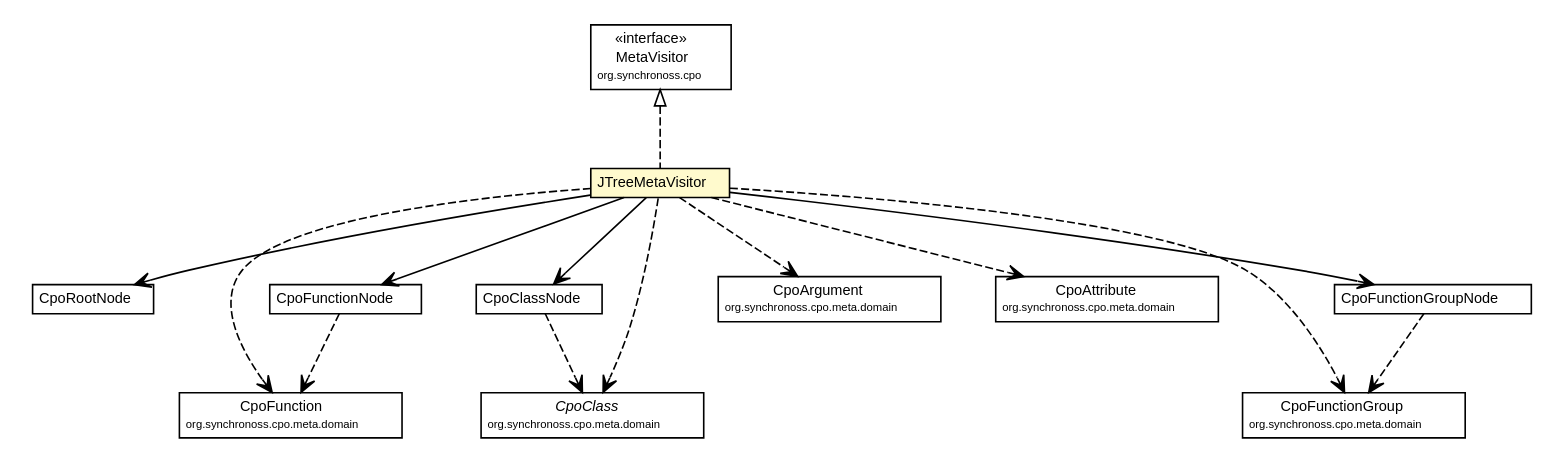
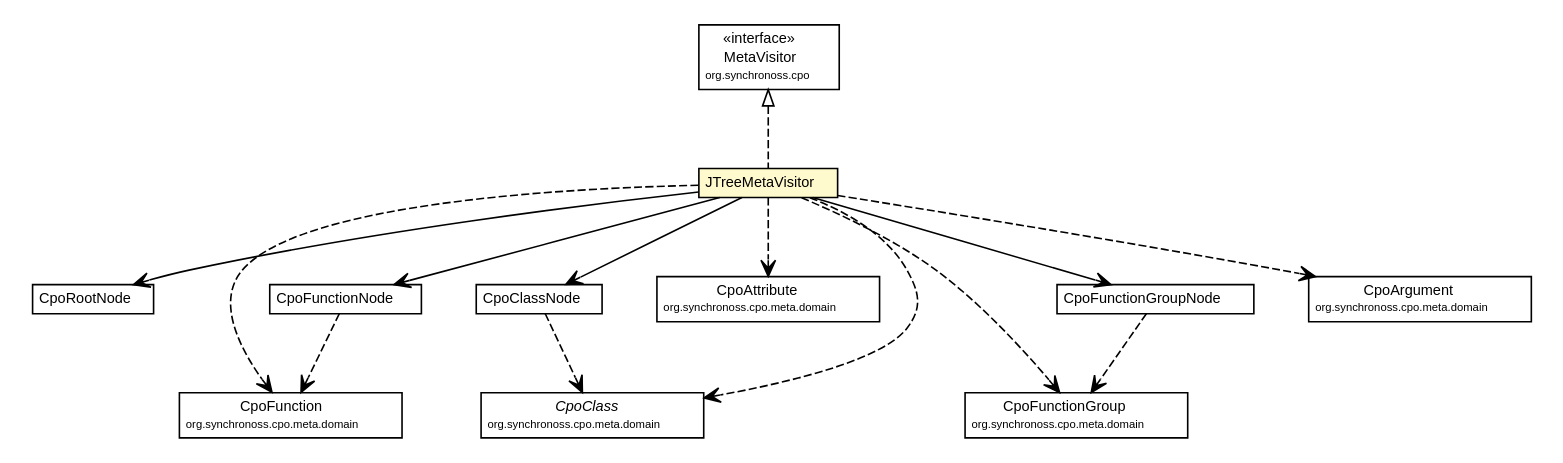
Before and after one commit to synchronoss/cpo-util: the diagram in site/apidocs/org/synchronoss/cpo/util/JTreeMetaVisitor.dot, drawn with Graphviz. The commit also changed 309 other files, not shown here.

Commit message:
Creating site for cpoUtil, 5.1.1-SNAPSHOT

```diff
--- a/site/apidocs/org/synchronoss/cpo/util/JTreeMetaVisitor.dot
+++ b/site/apidocs/org/synchronoss/cpo/util/JTreeMetaVisitor.dot
@@ -1,109 +1,109 @@
 #!/usr/local/bin/dot
 #
 # Class diagram 
 # Generated by UmlGraph version 4.6 (http://www.spinellis.gr/sw/umlgraph)
 #
 
 digraph G {
 	edge [fontname="Helvetica",fontsize=10,labelfontname="Helvetica",labelfontsize=10];
 	node [fontname="Helvetica",fontsize=10,shape=plaintext];
 	// org.synchronoss.cpo.util.JTreeMetaVisitor
 	c1707 [label=<<table border="0" cellborder="1" cellspacing="0" cellpadding="2" port="p" bgcolor="lemonChiffon" href="./JTreeMetaVisitor.html">
 		<tr><td><table border="0" cellspacing="0" cellpadding="1">
 			<tr><td> JTreeMetaVisitor </td></tr>
 		</table></td></tr>
 		</table>>, fontname="Helvetica", fontcolor="black", fontsize=9.0];
 	// org.synchronoss.cpo.util.CpoRootNode
 	c1715 [label=<<table border="0" cellborder="1" cellspacing="0" cellpadding="2" port="p" href="./CpoRootNode.html">
 		<tr><td><table border="0" cellspacing="0" cellpadding="1">
 			<tr><td> CpoRootNode </td></tr>
 		</table></td></tr>
 		</table>>, fontname="Helvetica", fontcolor="black", fontsize=9.0];
 	// org.synchronoss.cpo.util.CpoFunctionNode
 	c1721 [label=<<table border="0" cellborder="1" cellspacing="0" cellpadding="2" port="p" href="./CpoFunctionNode.html">
 		<tr><td><table border="0" cellspacing="0" cellpadding="1">
 			<tr><td> CpoFunctionNode </td></tr>
 		</table></td></tr>
 		</table>>, fontname="Helvetica", fontcolor="black", fontsize=9.0];
 	// org.synchronoss.cpo.util.CpoClassNode
 	c1723 [label=<<table border="0" cellborder="1" cellspacing="0" cellpadding="2" port="p" href="./CpoClassNode.html">
 		<tr><td><table border="0" cellspacing="0" cellpadding="1">
 			<tr><td> CpoClassNode </td></tr>
 		</table></td></tr>
 		</table>>, fontname="Helvetica", fontcolor="black", fontsize=9.0];
 	// org.synchronoss.cpo.util.CpoFunctionGroupNode
 	c1728 [label=<<table border="0" cellborder="1" cellspacing="0" cellpadding="2" port="p" href="./CpoFunctionGroupNode.html">
 		<tr><td><table border="0" cellspacing="0" cellpadding="1">
 			<tr><td> CpoFunctionGroupNode </td></tr>
 		</table></td></tr>
 		</table>>, fontname="Helvetica", fontcolor="black", fontsize=9.0];
 	//org.synchronoss.cpo.util.JTreeMetaVisitor implements org.synchronoss.cpo.MetaVisitor
 	c1764:p -> c1707:p [dir=back,arrowtail=empty,style=dashed];
 	// org.synchronoss.cpo.util.JTreeMetaVisitor NAVASSOC org.synchronoss.cpo.util.CpoRootNode
 	c1707:p -> c1715:p [taillabel="", label="", headlabel="", fontname="Helvetica", fontcolor="black", fontsize=10.0, color="black", arrowhead=open];
 	// org.synchronoss.cpo.util.JTreeMetaVisitor NAVASSOC org.synchronoss.cpo.util.CpoClassNode
 	c1707:p -> c1723:p [taillabel="", label="", headlabel="", fontname="Helvetica", fontcolor="black", fontsize=10.0, color="black", arrowhead=open];
 	// org.synchronoss.cpo.util.JTreeMetaVisitor NAVASSOC org.synchronoss.cpo.util.CpoFunctionGroupNode
 	c1707:p -> c1728:p [taillabel="", label="", headlabel="", fontname="Helvetica", fontcolor="black", fontsize=10.0, color="black", arrowhead=open];
 	// org.synchronoss.cpo.util.JTreeMetaVisitor NAVASSOC org.synchronoss.cpo.util.CpoFunctionNode
 	c1707:p -> c1721:p [taillabel="", label="", headlabel="", fontname="Helvetica", fontcolor="black", fontsize=10.0, color="black", arrowhead=open];
-	// org.synchronoss.cpo.util.JTreeMetaVisitor DEPEND org.synchronoss.cpo.meta.domain.CpoFunction
+	// org.synchronoss.cpo.util.JTreeMetaVisitor DEPEND org.synchronoss.cpo.meta.domain.CpoAttribute
 	c1707:p -> c1765:p [taillabel="", label="", headlabel="", fontname="Helvetica", fontcolor="black", fontsize=10.0, color="black", arrowhead=open, style=dashed];
-	// org.synchronoss.cpo.util.JTreeMetaVisitor DEPEND org.synchronoss.cpo.meta.domain.CpoArgument
-	c1707:p -> c1766:p [taillabel="", label="", headlabel="", fontname="Helvetica", fontcolor="black", fontsize=10.0, color="black", arrowhead=open, style=dashed];
-	// org.synchronoss.cpo.util.JTreeMetaVisitor DEPEND org.synchronoss.cpo.meta.domain.CpoAttribute
+	// org.synchronoss.cpo.util.JTreeMetaVisitor DEPEND org.synchronoss.cpo.meta.domain.CpoFunctionGroup
 	c1707:p -> c1767:p [taillabel="", label="", headlabel="", fontname="Helvetica", fontcolor="black", fontsize=10.0, color="black", arrowhead=open, style=dashed];
 	// org.synchronoss.cpo.util.JTreeMetaVisitor DEPEND org.synchronoss.cpo.meta.domain.CpoClass
 	c1707:p -> c1768:p [taillabel="", label="", headlabel="", fontname="Helvetica", fontcolor="black", fontsize=10.0, color="black", arrowhead=open, style=dashed];
-	// org.synchronoss.cpo.util.JTreeMetaVisitor DEPEND org.synchronoss.cpo.meta.domain.CpoFunctionGroup
+	// org.synchronoss.cpo.util.JTreeMetaVisitor DEPEND org.synchronoss.cpo.meta.domain.CpoFunction
+	c1707:p -> c1769:p [taillabel="", label="", headlabel="", fontname="Helvetica", fontcolor="black", fontsize=10.0, color="black", arrowhead=open, style=dashed];
+	// org.synchronoss.cpo.util.JTreeMetaVisitor DEPEND org.synchronoss.cpo.meta.domain.CpoArgument
 	c1707:p -> c1770:p [taillabel="", label="", headlabel="", fontname="Helvetica", fontcolor="black", fontsize=10.0, color="black", arrowhead=open, style=dashed];
 	// org.synchronoss.cpo.util.CpoFunctionNode DEPEND org.synchronoss.cpo.meta.domain.CpoFunction
-	c1721:p -> c1765:p [taillabel="", label="", headlabel="", fontname="Helvetica", fontcolor="black", fontsize=10.0, color="black", arrowhead=open, style=dashed];
+	c1721:p -> c1769:p [taillabel="", label="", headlabel="", fontname="Helvetica", fontcolor="black", fontsize=10.0, color="black", arrowhead=open, style=dashed];
 	// org.synchronoss.cpo.util.CpoClassNode DEPEND org.synchronoss.cpo.meta.domain.CpoClass
 	c1723:p -> c1768:p [taillabel="", label="", headlabel="", fontname="Helvetica", fontcolor="black", fontsize=10.0, color="black", arrowhead=open, style=dashed];
 	// org.synchronoss.cpo.util.CpoFunctionGroupNode DEPEND org.synchronoss.cpo.meta.domain.CpoFunctionGroup
-	c1728:p -> c1770:p [taillabel="", label="", headlabel="", fontname="Helvetica", fontcolor="black", fontsize=10.0, color="black", arrowhead=open, style=dashed];
+	c1728:p -> c1767:p [taillabel="", label="", headlabel="", fontname="Helvetica", fontcolor="black", fontsize=10.0, color="black", arrowhead=open, style=dashed];
 	// org.synchronoss.cpo.meta.domain.CpoClass
 	c1768 [label=<<table border="0" cellborder="1" cellspacing="0" cellpadding="2" port="p" href="http://java.sun.com/j2se/1.4.2/docs/api/org/synchronoss/cpo/meta/domain/CpoClass.html">
 		<tr><td><table border="0" cellspacing="0" cellpadding="1">
 			<tr><td><font face="Helvetica-Oblique"> CpoClass </font></td></tr>
 			<tr><td><font point-size="7.0"> org.synchronoss.cpo.meta.domain </font></td></tr>
 		</table></td></tr>
 		</table>>, fontname="Helvetica", fontcolor="black", fontsize=9.0];
 	// org.synchronoss.cpo.meta.domain.CpoArgument
-	c1766 [label=<<table border="0" cellborder="1" cellspacing="0" cellpadding="2" port="p" href="http://java.sun.com/j2se/1.4.2/docs/api/org/synchronoss/cpo/meta/domain/CpoArgument.html">
+	c1770 [label=<<table border="0" cellborder="1" cellspacing="0" cellpadding="2" port="p" href="http://java.sun.com/j2se/1.4.2/docs/api/org/synchronoss/cpo/meta/domain/CpoArgument.html">
 		<tr><td><table border="0" cellspacing="0" cellpadding="1">
 			<tr><td> CpoArgument </td></tr>
 			<tr><td><font point-size="7.0"> org.synchronoss.cpo.meta.domain </font></td></tr>
 		</table></td></tr>
 		</table>>, fontname="Helvetica", fontcolor="black", fontsize=9.0];
 	// org.synchronoss.cpo.meta.domain.CpoAttribute
-	c1767 [label=<<table border="0" cellborder="1" cellspacing="0" cellpadding="2" port="p" href="http://java.sun.com/j2se/1.4.2/docs/api/org/synchronoss/cpo/meta/domain/CpoAttribute.html">
+	c1765 [label=<<table border="0" cellborder="1" cellspacing="0" cellpadding="2" port="p" href="http://java.sun.com/j2se/1.4.2/docs/api/org/synchronoss/cpo/meta/domain/CpoAttribute.html">
 		<tr><td><table border="0" cellspacing="0" cellpadding="1">
 			<tr><td> CpoAttribute </td></tr>
 			<tr><td><font point-size="7.0"> org.synchronoss.cpo.meta.domain </font></td></tr>
 		</table></td></tr>
 		</table>>, fontname="Helvetica", fontcolor="black", fontsize=9.0];
 	// org.synchronoss.cpo.meta.domain.CpoFunction
-	c1765 [label=<<table border="0" cellborder="1" cellspacing="0" cellpadding="2" port="p" href="http://java.sun.com/j2se/1.4.2/docs/api/org/synchronoss/cpo/meta/domain/CpoFunction.html">
+	c1769 [label=<<table border="0" cellborder="1" cellspacing="0" cellpadding="2" port="p" href="http://java.sun.com/j2se/1.4.2/docs/api/org/synchronoss/cpo/meta/domain/CpoFunction.html">
 		<tr><td><table border="0" cellspacing="0" cellpadding="1">
 			<tr><td> CpoFunction </td></tr>
 			<tr><td><font point-size="7.0"> org.synchronoss.cpo.meta.domain </font></td></tr>
 		</table></td></tr>
 		</table>>, fontname="Helvetica", fontcolor="black", fontsize=9.0];
 	// org.synchronoss.cpo.meta.domain.CpoFunctionGroup
-	c1770 [label=<<table border="0" cellborder="1" cellspacing="0" cellpadding="2" port="p" href="http://java.sun.com/j2se/1.4.2/docs/api/org/synchronoss/cpo/meta/domain/CpoFunctionGroup.html">
+	c1767 [label=<<table border="0" cellborder="1" cellspacing="0" cellpadding="2" port="p" href="http://java.sun.com/j2se/1.4.2/docs/api/org/synchronoss/cpo/meta/domain/CpoFunctionGroup.html">
 		<tr><td><table border="0" cellspacing="0" cellpadding="1">
 			<tr><td> CpoFunctionGroup </td></tr>
 			<tr><td><font point-size="7.0"> org.synchronoss.cpo.meta.domain </font></td></tr>
 		</table></td></tr>
 		</table>>, fontname="Helvetica", fontcolor="black", fontsize=9.0];
 	// org.synchronoss.cpo.MetaVisitor
 	c1764 [label=<<table border="0" cellborder="1" cellspacing="0" cellpadding="2" port="p" href="http://java.sun.com/j2se/1.4.2/docs/api/org/synchronoss/cpo/MetaVisitor.html">
 		<tr><td><table border="0" cellspacing="0" cellpadding="1">
 			<tr><td> &laquo;interface&raquo; </td></tr>
 			<tr><td> MetaVisitor </td></tr>
 			<tr><td><font point-size="7.0"> org.synchronoss.cpo </font></td></tr>
 		</table></td></tr>
 		</table>>, fontname="Helvetica", fontcolor="black", fontsize=9.0];
 }
```
